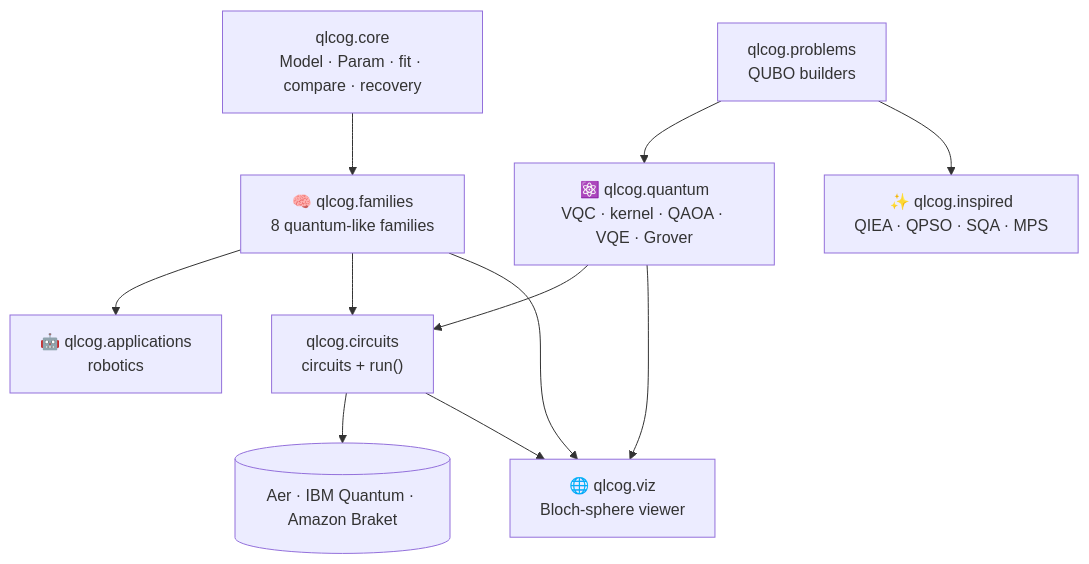
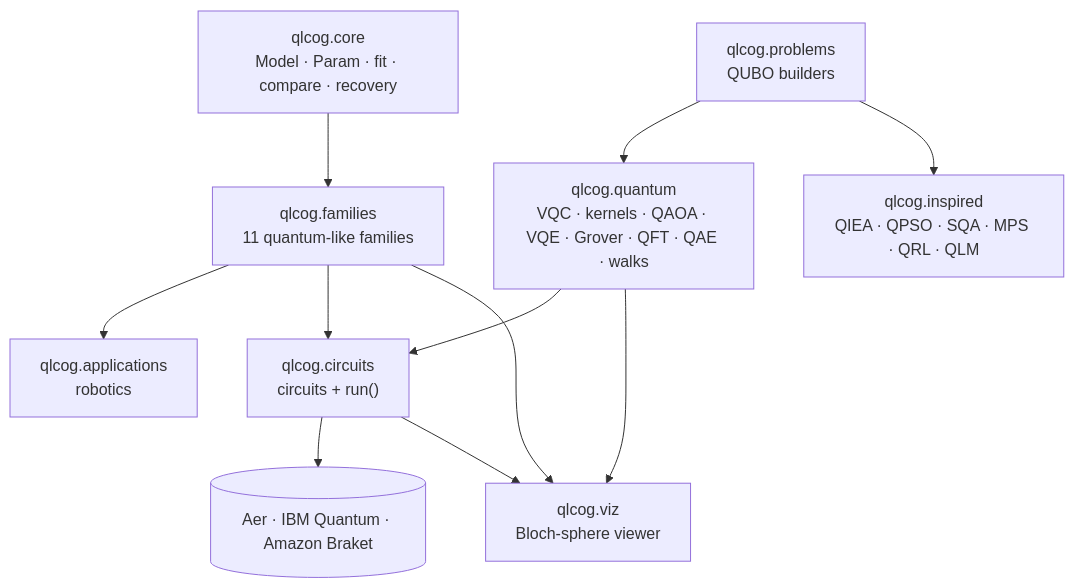
One commit to yeshwanthguru/Quantum-mind changed the diagram in README.md. Above: the diagram before and after it, drawn with Mermaid. The commit also changed other lines of this file and 107 other files, not shown here.

````diff
--- a/README.md
+++ b/README.md
@@ -275,21 +278,21 @@
 ```mermaid
 flowchart TB
     core["qlcog.core<br/>Model · Param · fit · compare · recovery"]
-    fam["🧠 qlcog.families<br/>8 quantum-like families"]
-    app["🤖 qlcog.applications<br/>robotics"]
+    fam["qlcog.families<br/>11 quantum-like families"]
+    app["qlcog.applications<br/>robotics"]
     prob["qlcog.problems<br/>QUBO builders"]
-    qm["⚛️ qlcog.quantum<br/>VQC · kernel · QAOA · VQE · Grover"]
-    ins["✨ qlcog.inspired<br/>QIEA · QPSO · SQA · MPS"]
+    qm["qlcog.quantum<br/>VQC · kernels · QAOA · VQE · Grover · QFT · QAE · walks"]
+    ins["qlcog.inspired<br/>QIEA · QPSO · SQA · MPS · QRL · QLM"]
     circ["qlcog.circuits<br/>circuits + run()"]
-    viz["🌐 qlcog.viz<br/>Bloch-sphere viewer"]
+    viz["qlcog.viz<br/>Bloch-sphere viewer"]
     hw[("Aer · IBM Quantum · Amazon Braket")]
     core --> fam --> app
     fam --> circ
     prob --> qm
     prob --> ins
     qm --> circ
     circ --> hw
     fam --> viz
     qm --> viz
     circ --> viz
 ```
````
